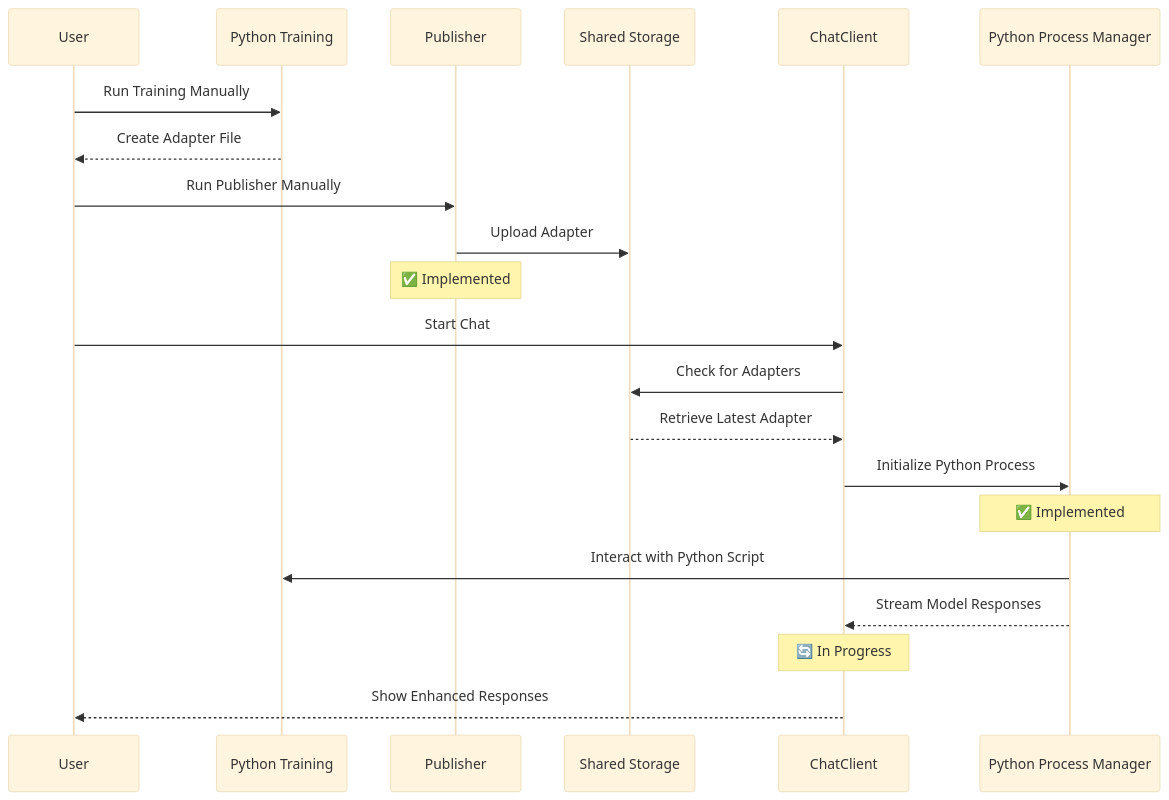
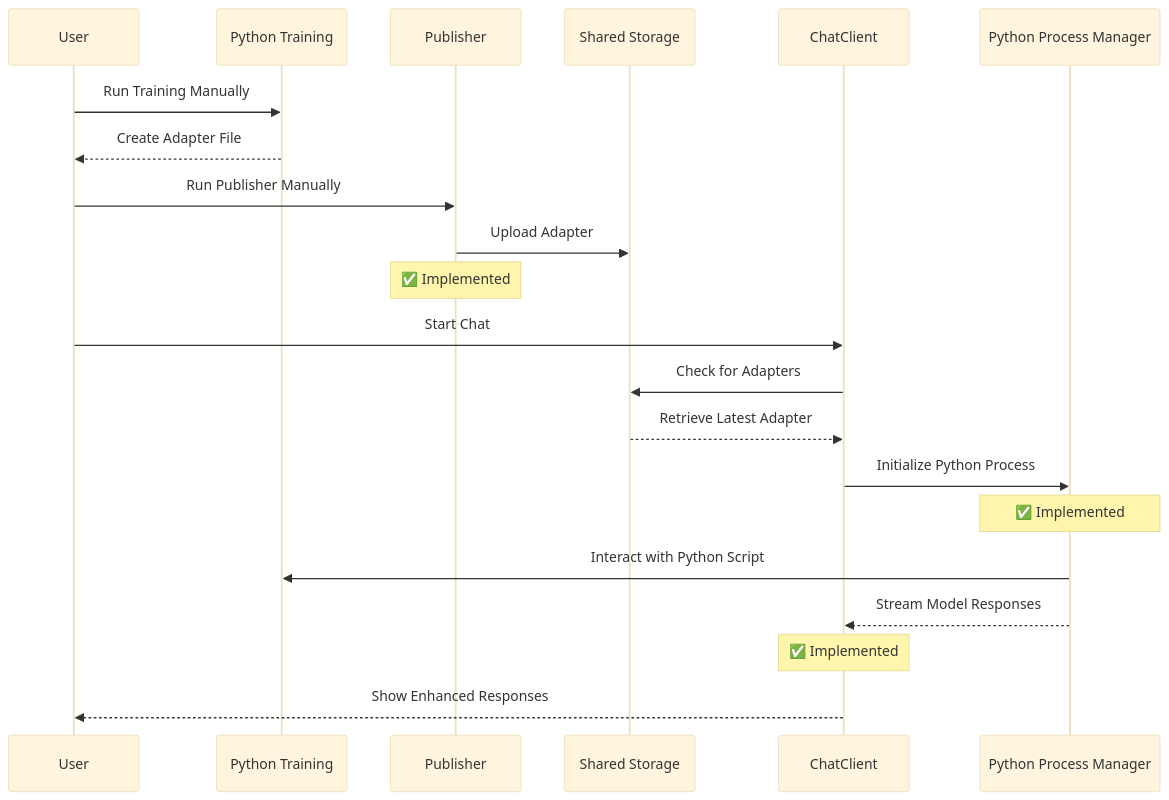
One commit to gsinghjay/LLMAdapterClient changed the second of 8 diagrams in STORY.md. Above: the diagram before and after it, drawn with Mermaid (base theme). The commit also changed other lines of this file, not shown here.

Commit message:
docs(story): update project narrative with completed Chat UI and Session components

````diff
--- a/STORY.md
+++ b/STORY.md
@@ -49,25 +49,25 @@
 ```mermaid
 sequenceDiagram
     participant User
     participant Training as Python Training
     participant Publisher
     participant Storage as Shared Storage
     participant ChatClient
     participant PythonMgr as Python Process Manager
     
     User->>Training: Run Training Manually
     Training-->>User: Create Adapter File
     User->>Publisher: Run Publisher Manually
     Publisher->>Storage: Upload Adapter
     Note over Publisher: ✅ Implemented
     
     User->>ChatClient: Start Chat
     ChatClient->>Storage: Check for Adapters
     Storage-->>ChatClient: Retrieve Latest Adapter
     ChatClient->>PythonMgr: Initialize Python Process
     Note over PythonMgr: ✅ Implemented
     PythonMgr->>Training: Interact with Python Script
     PythonMgr-->>ChatClient: Stream Model Responses
-    Note over ChatClient: 🔄 In Progress
+    Note over ChatClient: ✅ Implemented
     ChatClient-->>User: Show Enhanced Responses
 ```
````
